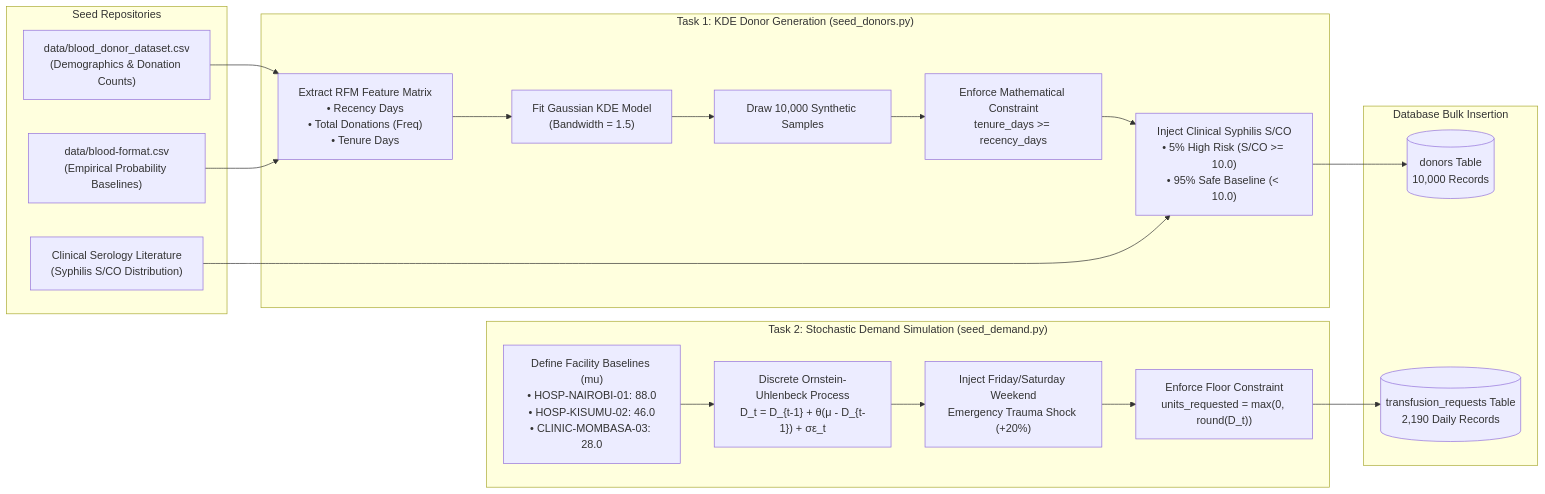
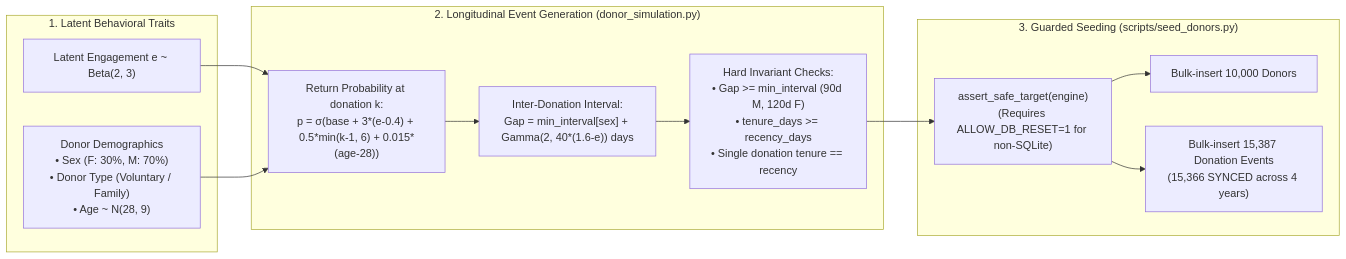
One commit to SamuelGathua/terumo_backend changed the third of 4 diagrams in README.md. Above: the diagram before and after it, drawn with Mermaid. The commit also changed other lines of this file, not shown here.

````diff
--- a/README.md
+++ b/README.md
@@ -207,32 +189,21 @@
 ```mermaid
 flowchart LR
-    subgraph SeedSources ["Seed Repositories"]
-        S1["data/blood_donor_dataset.csv<br/>(Demographics & Donation Counts)"]
-        S2["data/blood-format.csv<br/>(Empirical Probability Baselines)"]
-        S3["Clinical Serology Literature<br/>(Syphilis S/CO Distribution)"]
+    subgraph Latent ["1. Latent Behavioral Traits"]
+        L1["Latent Engagement e ~ Beta(2, 3)"]
+        L2["Donor Demographics<br/>• Sex (F: 30%, M: 70%)<br/>• Donor Type (Voluntary / Family)<br/>• Age ~ N(28, 9)"]
     end
 
-    subgraph KDE_Pipeline ["Task 1: KDE Donor Generation (seed_donors.py)"]
-        K1["Extract RFM Feature Matrix<br/>• Recency Days<br/>• Total Donations (Freq)<br/>• Tenure Days"]
-        K2["Fit Gaussian KDE Model<br/>(Bandwidth = 1.5)"]
-        K3["Draw 10,000 Synthetic Samples"]
-        K4["Enforce Mathematical Constraint<br/>tenure_days >= recency_days"]
-        K5["Inject Clinical Syphilis S/CO<br/>• 5% High Risk (S/CO >= 10.0)<br/>• 95% Safe Baseline (< 10.0)"]
+    subgraph Simulation ["2. Longitudinal Event Generation (donor_simulation.py)"]
+        S1["Return Probability at donation k:<br/>p = σ(base + 3*(e-0.4) + 0.5*min(k-1, 6) + 0.015*(age-28))"]
+        S2["Inter-Donation Interval:<br/>Gap = min_interval[sex] + Gamma(2, 40*(1.6-e)) days"]
+        S3["Hard Invariant Checks:<br/>• Gap >= min_interval (90d M, 120d F)<br/>• tenure_days >= recency_days<br/>• Single donation tenure == recency"]
     end
 
-    subgraph OU_Pipeline ["Task 2: Stochastic Demand Simulation (seed_demand.py)"]
-        O1["Define Facility Baselines (mu)<br/>• HOSP-NAIROBI-01: 88.0<br/>• HOSP-KISUMU-02: 46.0<br/>• CLINIC-MOMBASA-03: 28.0"]
-        O2["Discrete Ornstein-Uhlenbeck Process<br/>D_t = D_{t-1} + θ(μ - D_{t-1}) + σε_t"]
-        O3["Inject Friday/Saturday Weekend<br/>Emergency Trauma Shock (+20%)"]
-        O4["Enforce Floor Constraint<br/>units_requested = max(0, round(D_t))"]
+    subgraph Ingestion ["3. Guarded Seeding (scripts/seed_donors.py)"]
+        G1["assert_safe_target(engine)<br/>(Requires ALLOW_DB_RESET=1 for non-SQLite)"]
+        G2["Bulk-insert 10,000 Donors"]
+        G3["Bulk-insert 15,387 Donation Events<br/>(15,366 SYNCED across 4 years)"]
     end
 
-    subgraph Ingestion ["Database Bulk Insertion"]
-        I1[(donors Table<br/>10,000 Records)]
-        I2[(transfusion_requests Table<br/>2,190 Daily Records)]
-    end
-
-    S1 & S2 --> K1 --> K2 --> K3 --> K4 --> K5 --> I1
-    S3 --> K5
-    O1 --> O2 --> O3 --> O4 --> I2
+    L1 & L2 --> S1 --> S2 --> S3 --> G1 --> G2 & G3
 ```
````
